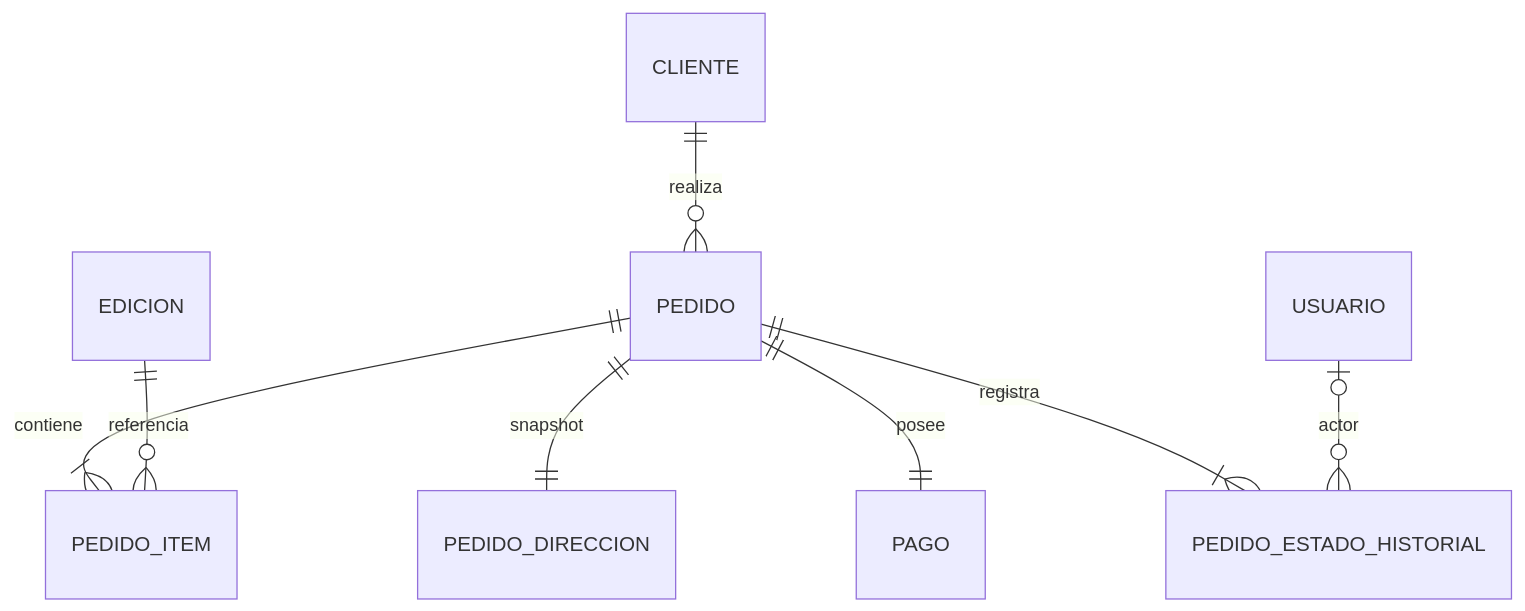
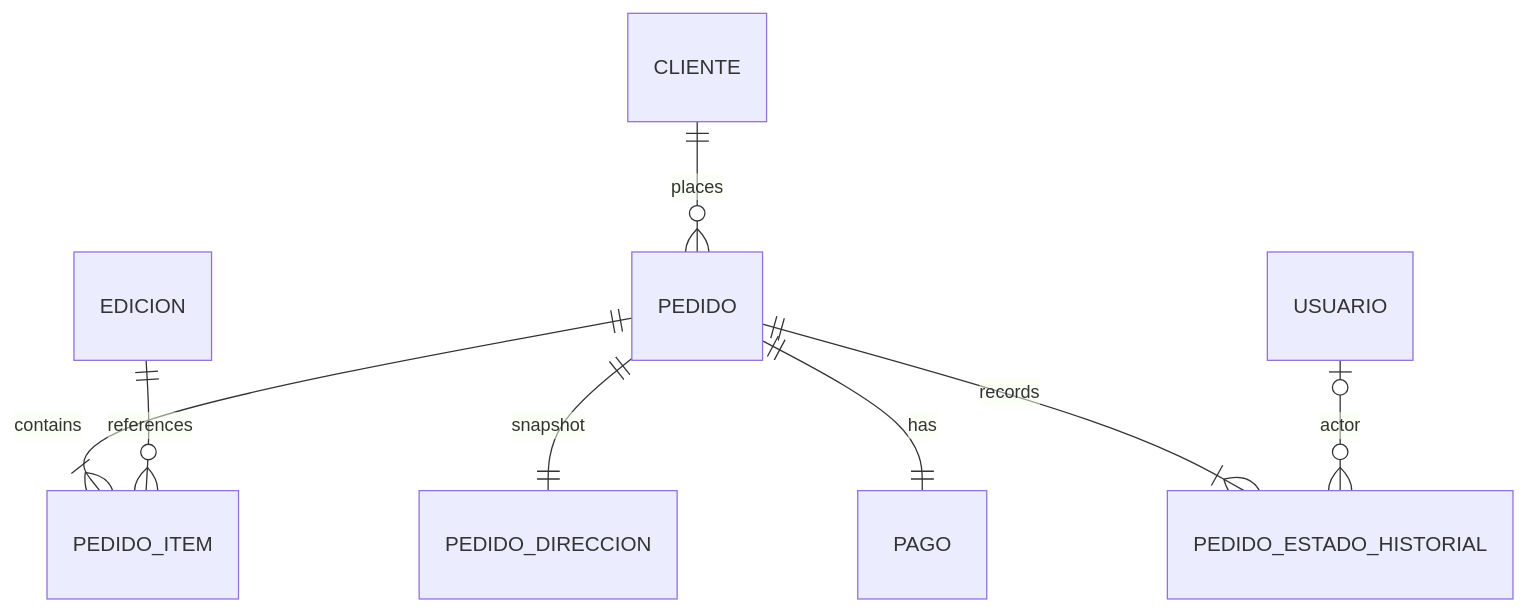
Before and after one commit to andres18113/pliego-muejeje: the sixth of 6 diagrams in logical-erd-v1.0.md, drawn with Mermaid. The commit also changed other lines of this file and 6 other files, not shown here.

````diff
--- a/logical-erd-v1.0.md
+++ b/logical-erd-v1.0.md
@@ -1921,10 +1921,10 @@
 ```mermaid
 erDiagram
-    CLIENTE ||--o{ PEDIDO : realiza
-    PEDIDO ||--|{ PEDIDO_ITEM : contiene
-    EDICION ||--o{ PEDIDO_ITEM : referencia
+    CLIENTE ||--o{ PEDIDO : places
+    PEDIDO ||--|{ PEDIDO_ITEM : contains
+    EDICION ||--o{ PEDIDO_ITEM : references
     PEDIDO ||--|| PEDIDO_DIRECCION : snapshot
-    PEDIDO ||--|| PAGO : posee
-    PEDIDO ||--|{ PEDIDO_ESTADO_HISTORIAL : registra
+    PEDIDO ||--|| PAGO : has
+    PEDIDO ||--|{ PEDIDO_ESTADO_HISTORIAL : records
     USUARIO o|--o{ PEDIDO_ESTADO_HISTORIAL : actor
 ```
````
